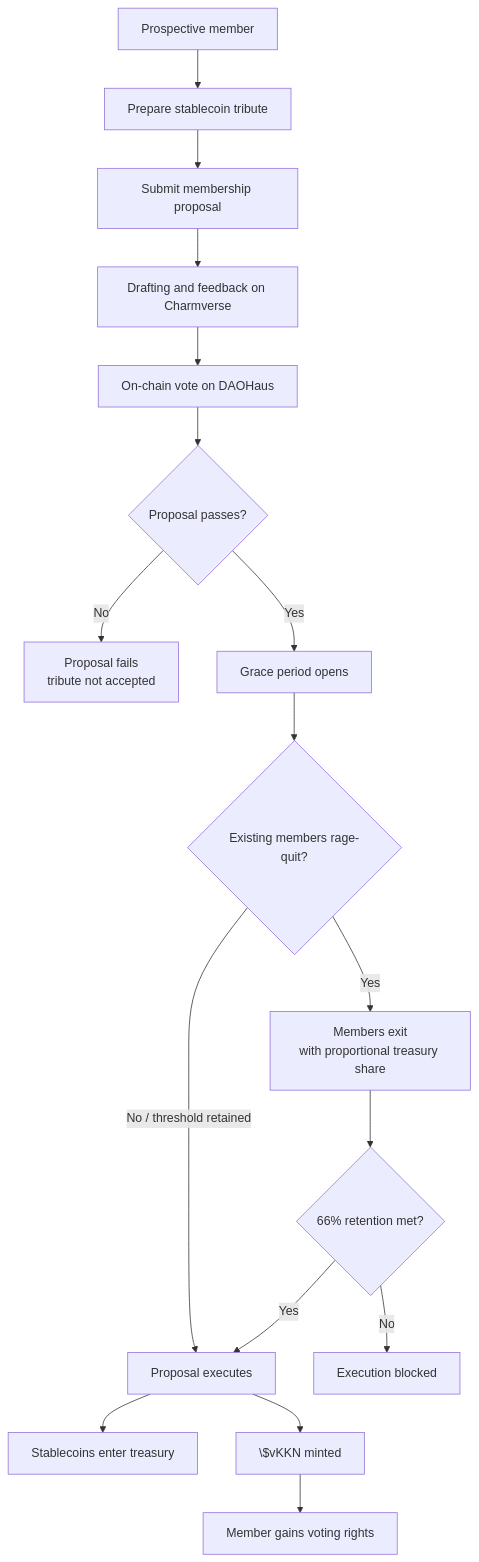
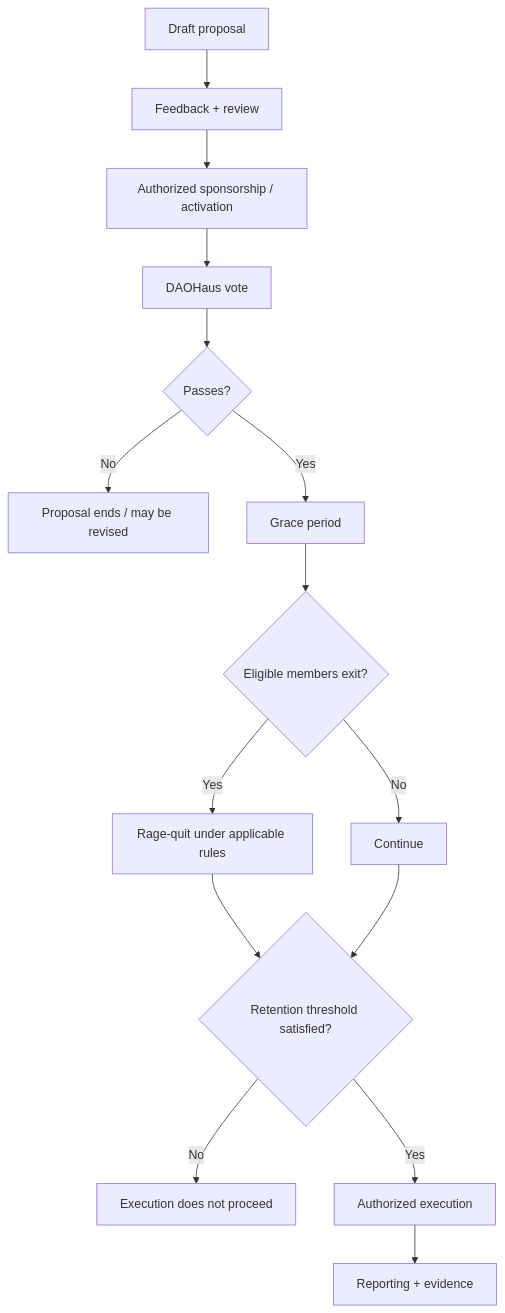
One commit to wasalo/Kokonut-Public-Site changed the first of 2 diagrams in ecosystem-wiki/the-kokonut-dao/kokonut-moloch-dao.mdx. Above: the diagram before and after it, drawn with Mermaid. The commit also changed other lines of this file, not shown here.

````diff
--- a/ecosystem-wiki/the-kokonut-dao/kokonut-moloch-dao.mdx
+++ b/ecosystem-wiki/the-kokonut-dao/kokonut-moloch-dao.mdx
@@ -149,19 +288,22 @@
 ```mermaid
 flowchart TD
-    A["Prospective member"] --> B["Prepare stablecoin tribute"]
-    B --> C["Submit membership proposal"]
-    C --> D["Drafting and feedback on Charmverse"]
-    D --> E["On-chain vote on DAOHaus"]
-    E --> F{"Proposal passes?"}
-    F -->|"No"| G["Proposal fails\ntribute not accepted"]
-    F -->|"Yes"| H["Grace period opens"]
-    H --> I{"Existing members rage-quit?"}
-    I -->|"Yes"| J["Members exit\nwith proportional treasury share"]
-    I -->|"No / threshold retained"| K["Proposal executes"]
-    J --> L{"66% retention met?"}
-    L -->|"No"| M["Execution blocked"]
-    L -->|"Yes"| K
-    K --> N["Stablecoins enter treasury"]
-    K --> O["\$vKKN minted"]
-    O --> P["Member gains voting rights"]
+    A["Draft proposal"] --> B["Feedback + review"]
+    B --> C["Authorized sponsorship / activation"]
+    C --> D["DAOHaus vote"]
+    D --> E{"Passes?"}
+
+    E -->|"No"| F["Proposal ends / may be revised"]
+    E -->|"Yes"| G["Grace period"]
+
+    G --> H{"Eligible members exit?"}
+    H -->|"Yes"| I["Rage-quit under applicable rules"]
+    H -->|"No"| J["Continue"]
+
+    I --> K{"Retention threshold satisfied?"}
+    J --> K
+
+    K -->|"No"| L["Execution does not proceed"]
+    K -->|"Yes"| M["Authorized execution"]
+
+    M --> N["Reporting + evidence"]
 ```
````
